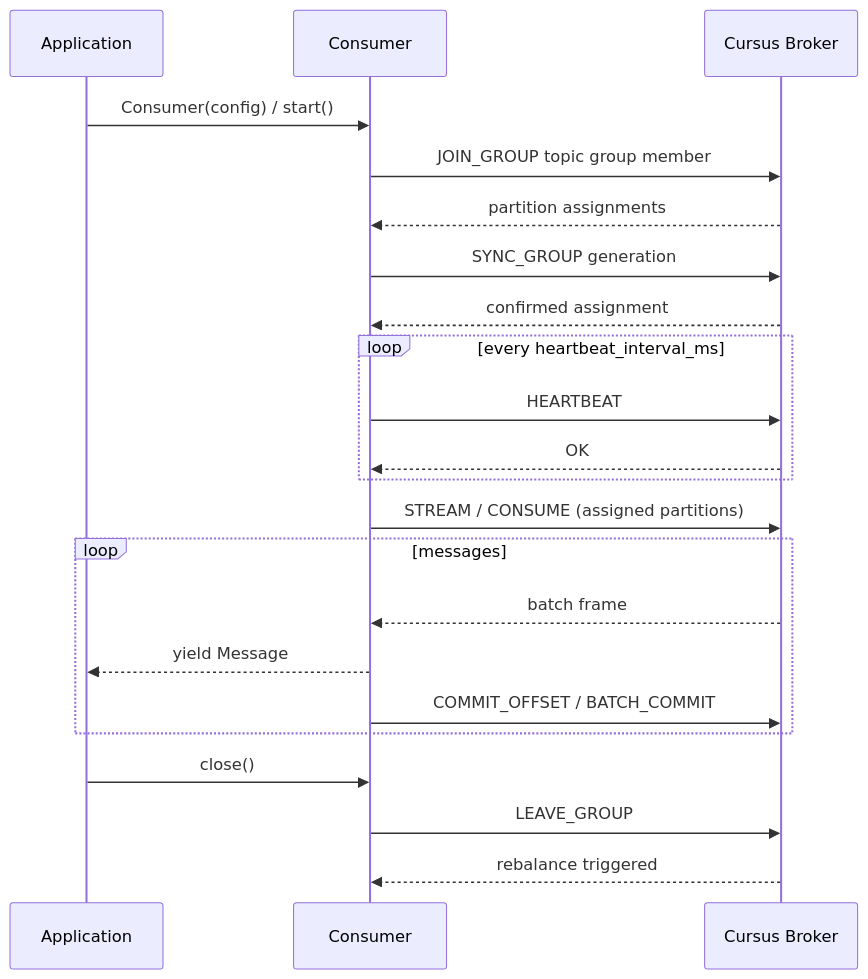
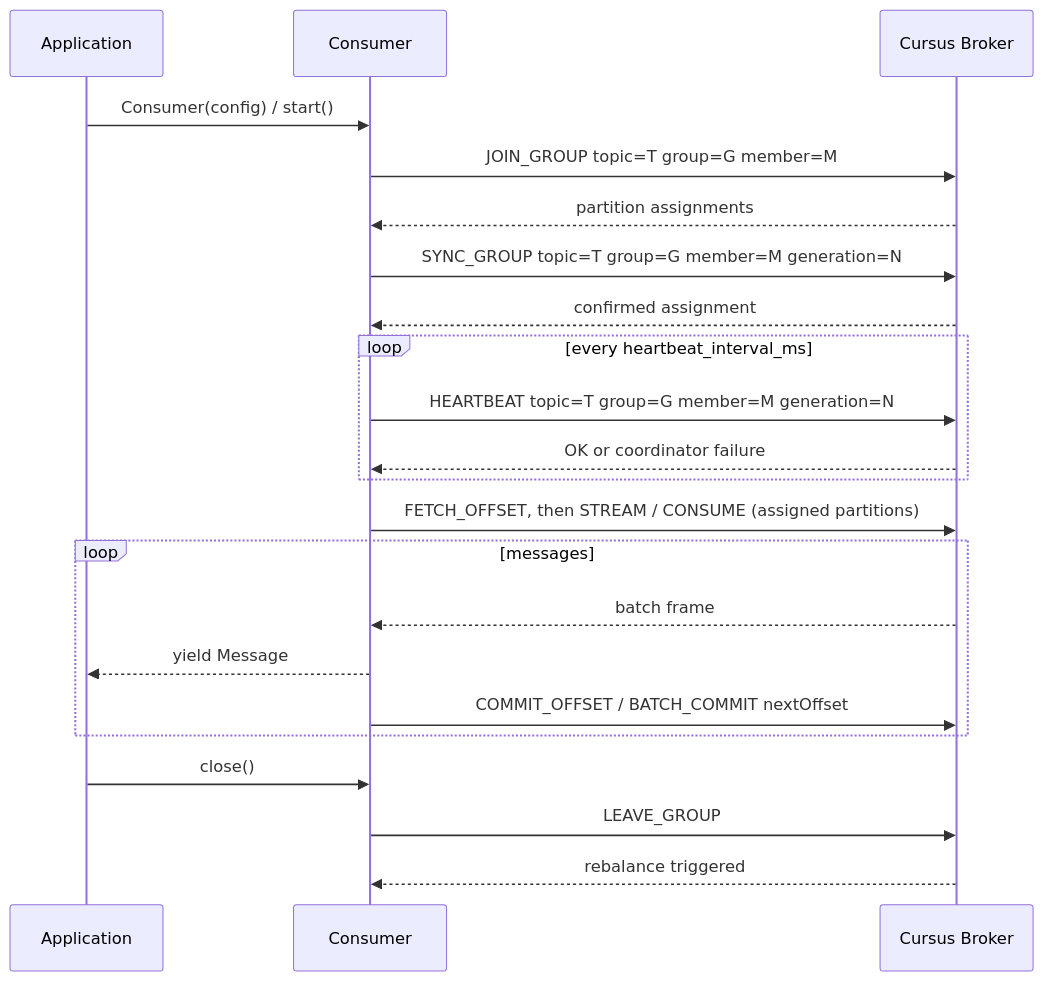
The first of 3 diagrams in docs/consumer-guide.md (cursus-io/cursus-python), drawn with Mermaid before and after one commit. The commit also changed other lines of this file and 22 other files, not shown here.

Commit message:
fix: support broker-managed offset resets (#9)

````diff
--- a/docs/consumer-guide.md
+++ b/docs/consumer-guide.md
@@ -38,28 +39,28 @@
 ```mermaid
 sequenceDiagram
     participant App as Application
     participant C as Consumer
     participant Broker as Cursus Broker
 
     App->>C: Consumer(config) / start()
-    C->>Broker: JOIN_GROUP topic group member
+    C->>Broker: JOIN_GROUP topic=T group=G member=M
     Broker-->>C: partition assignments
-    C->>Broker: SYNC_GROUP generation
+    C->>Broker: SYNC_GROUP topic=T group=G member=M generation=N
     Broker-->>C: confirmed assignment
 
     loop every heartbeat_interval_ms
-        C->>Broker: HEARTBEAT
-        Broker-->>C: OK
+        C->>Broker: HEARTBEAT topic=T group=G member=M generation=N
+        Broker-->>C: OK or coordinator failure
     end
 
-    C->>Broker: STREAM / CONSUME (assigned partitions)
+    C->>Broker: FETCH_OFFSET, then STREAM / CONSUME (assigned partitions)
     loop messages
         Broker-->>C: batch frame
         C-->>App: yield Message
-        C->>Broker: COMMIT_OFFSET / BATCH_COMMIT
+        C->>Broker: COMMIT_OFFSET / BATCH_COMMIT nextOffset
     end
 
     App->>C: close()
     C->>Broker: LEAVE_GROUP
     Broker-->>C: rebalance triggered
 ```
````
